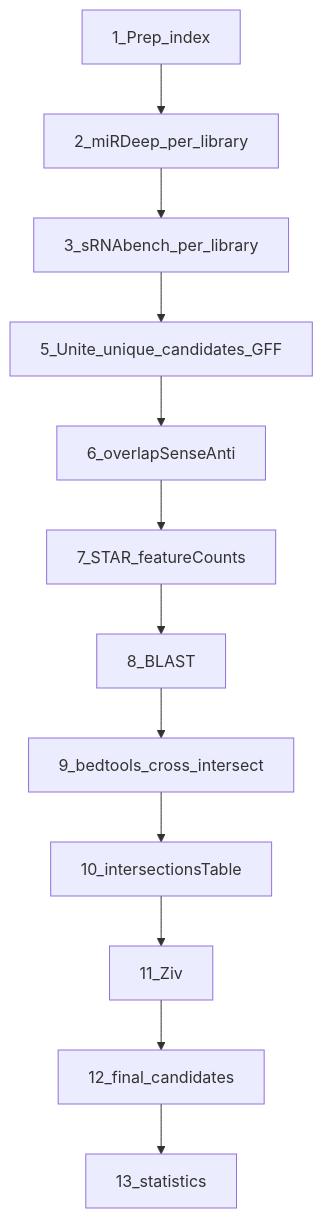
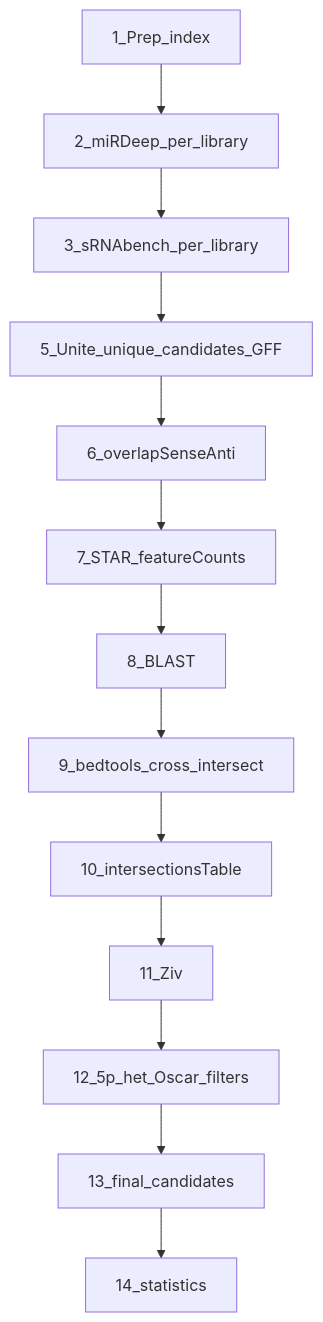
The diagram in docs/pipeline_v3.md (TmrSegev/novel-miRNAs), drawn with Mermaid before and after one commit. The commit also changed other lines of this file, not shown here.

````diff
--- a/docs/pipeline_v3.md
+++ b/docs/pipeline_v3.md
@@ -64,14 +65,15 @@
 ```mermaid
 flowchart TD
   p1[1_Prep_index] --> p2[2_miRDeep_per_library]
   p2 --> p3[3_sRNAbench_per_library]
   p3 --> p5[5_Unite_unique_candidates_GFF]
   p5 --> p6[6_overlapSenseAnti]
   p6 --> p7[7_STAR_featureCounts]
   p7 --> p8[8_BLAST]
   p8 --> p9[9_bedtools_cross_intersect]
   p9 --> p10[10_intersectionsTable]
   p10 --> p11[11_Ziv]
-  p11 --> p12[12_final_candidates]
-  p12 --> p13[13_statistics]
+  p11 --> p12[12_5p_het_Oscar_filters]
+  p12 --> p13[13_final_candidates]
+  p13 --> p14[14_statistics]
 ```
````
